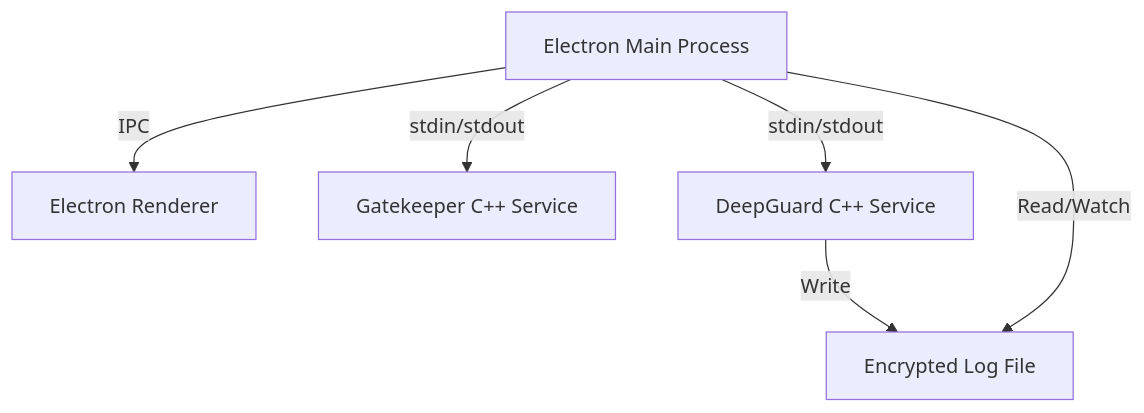
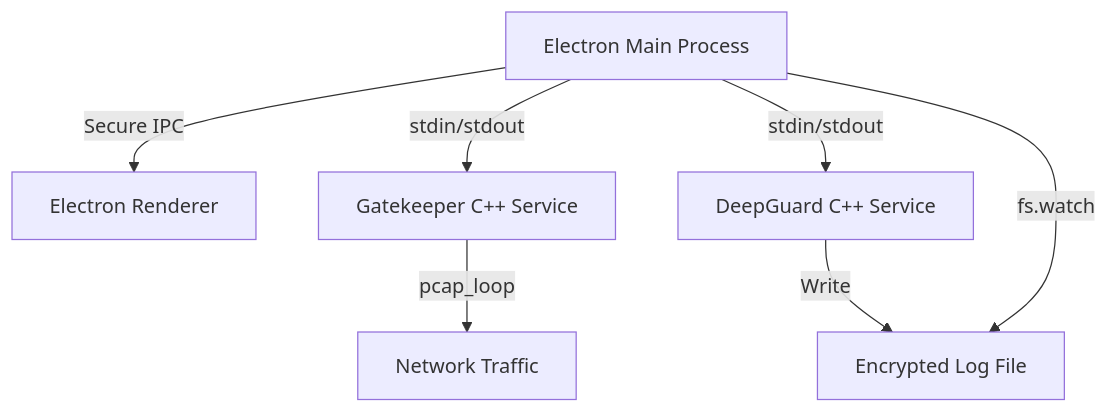
The diagram in README.md (deepesh-kumar-pandey/GUI), drawn with Mermaid before and after one commit. The commit also changed other lines of this file and 4 other files, not shown here.

````diff
--- a/README.md
+++ b/README.md
@@ -24,8 +13,9 @@
 ```mermaid
 graph TD
-    A[Electron Main Process] -->|IPC| B[Electron Renderer];
+    A[Electron Main Process] -->|Secure IPC| B[Electron Renderer];
     A -->|stdin/stdout| C[Gatekeeper C++ Service];
     A -->|stdin/stdout| D[DeepGuard C++ Service];
+    C -->|pcap_loop| F[Network Traffic];
     D -->|Write| E[Encrypted Log File];
-    A -->|Read/Watch| E;
+    A -->|fs.watch| E;
 ```
````
